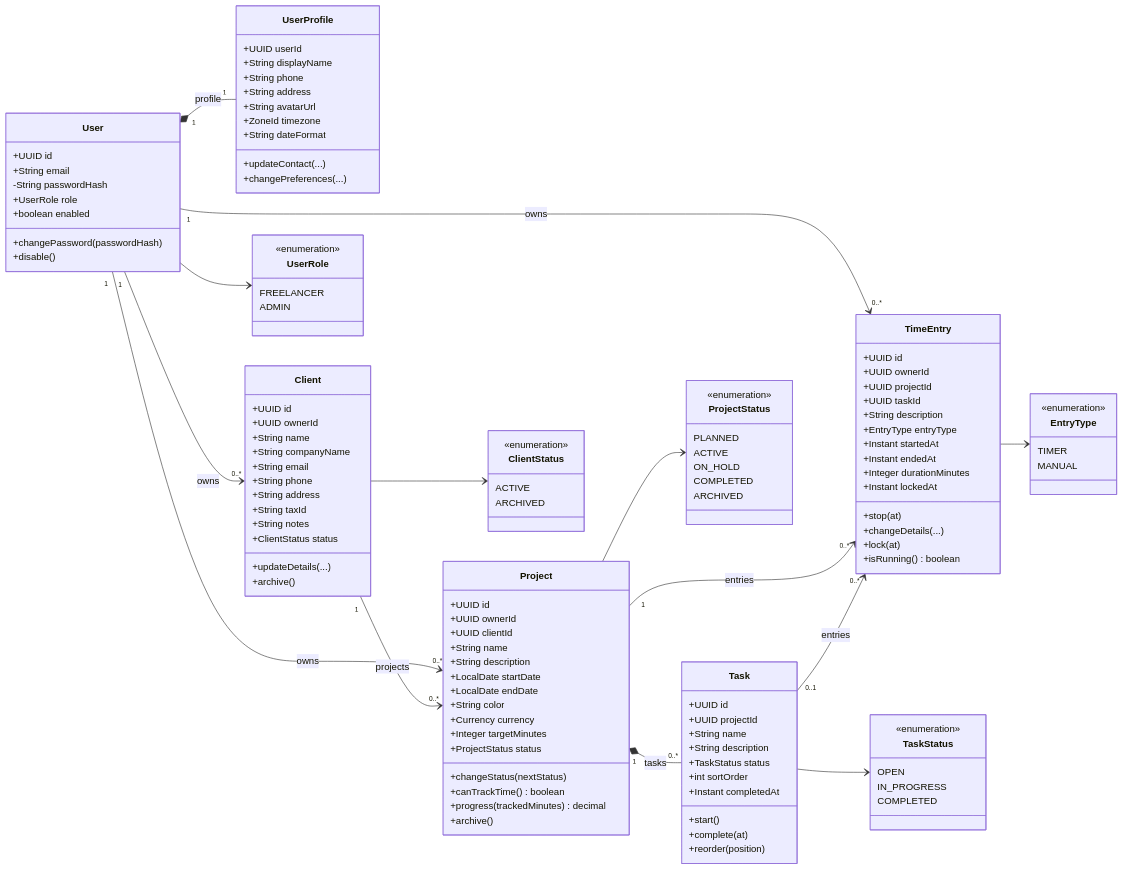
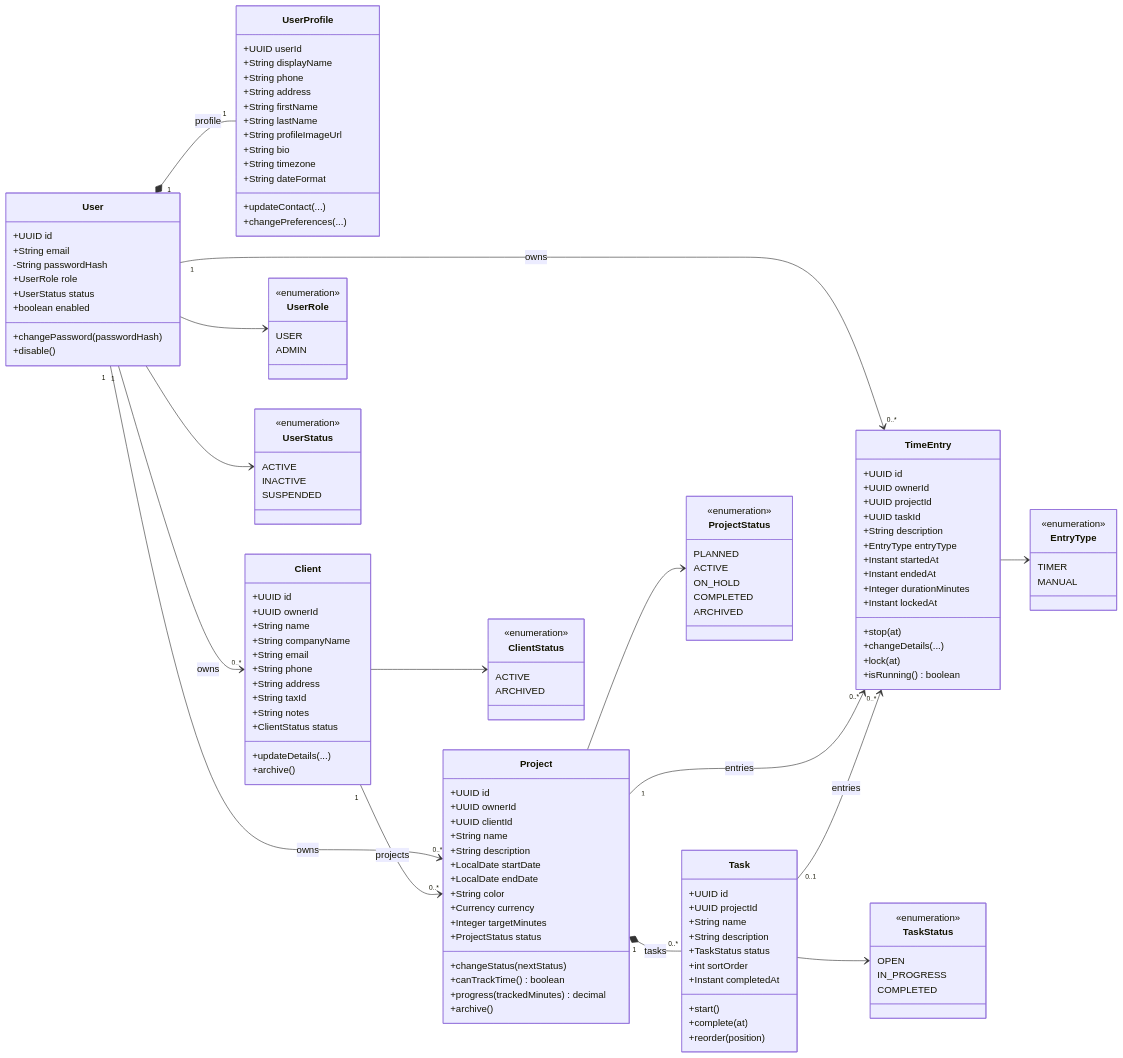
The diagram in doc/diagrams/class-diagram.md (lillianxhub/freelance-hub), drawn with Mermaid before and after one commit. The commit also changed 136 other files, not shown here.

```diff
--- a/doc/diagrams/class-diagram.md
+++ b/doc/diagrams/class-diagram.md
@@ -12,6 +12,7 @@
         +String email
         -String passwordHash
         +UserRole role
+        +UserStatus status
         +boolean enabled
         +changePassword(passwordHash)
         +disable()
@@ -21,8 +22,11 @@
         +String displayName
         +String phone
         +String address
-        +String avatarUrl
-        +ZoneId timezone
+        +String firstName
+        +String lastName
+        +String profileImageUrl
+        +String bio
+        +String timezone
         +String dateFormat
         +updateContact(...)
         +changePreferences(...)
@@ -88,8 +92,14 @@
     }
     class UserRole {
         <<enumeration>>
-        FREELANCER
+        USER
         ADMIN
+    }
+    class UserStatus {
+        <<enumeration>>
+        ACTIVE
+        INACTIVE
+        SUSPENDED
     }
     class ClientStatus {
         <<enumeration>>
@@ -125,6 +135,7 @@
     Project "1" --> "0..*" TimeEntry : entries
     Task "0..1" --> "0..*" TimeEntry : entries
     User --> UserRole
+    User --> UserStatus
     Client --> ClientStatus
     Project --> ProjectStatus
     Task --> TaskStatus
```
